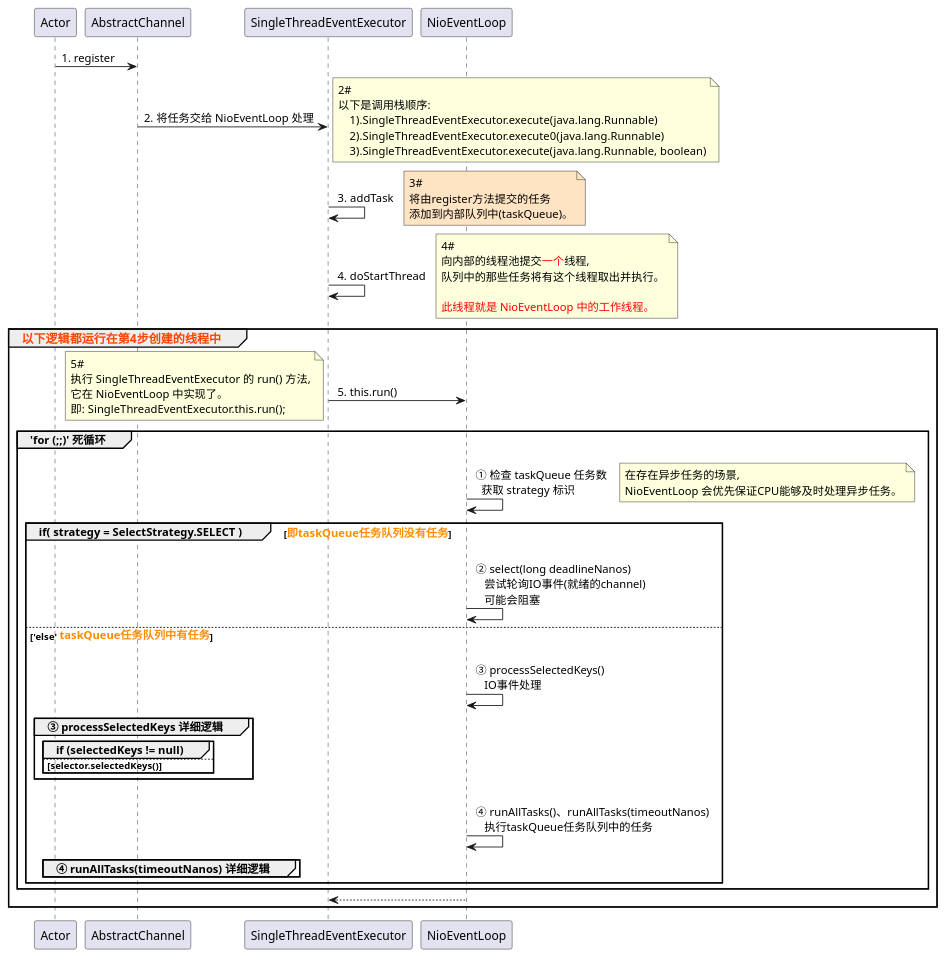
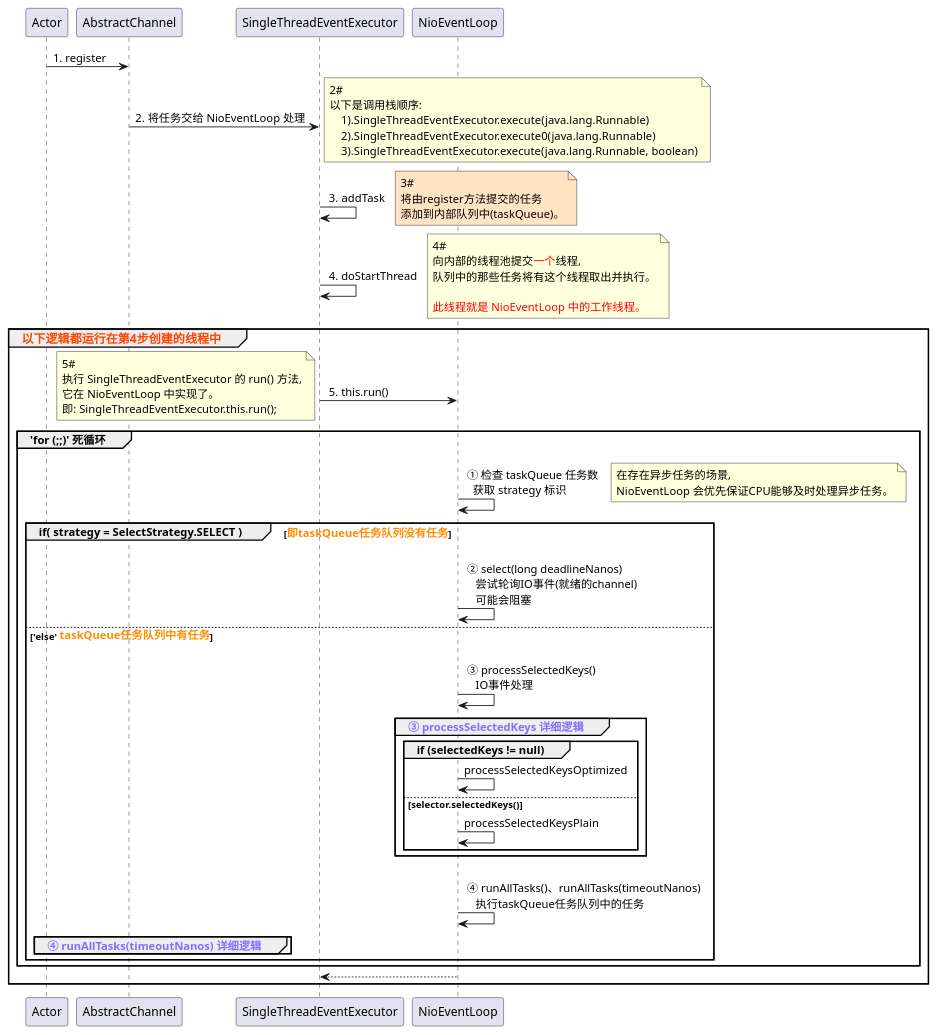
The diagram in puml/NioEventLoop#run.puml (Simba-cheng/netty), drawn with PlantUML before and after one commit.

Commit message:
refactor(code): 源码添加注释、流程图、类图

```diff
--- a/puml/NioEventLoop#run.puml
+++ b/puml/NioEventLoop#run.puml
@@ -2,73 +2,73 @@
 @startuml participant
 
 Actor -> AbstractChannel: 1. register
 
 AbstractChannel -> SingleThreadEventExecutor: 2. 将任务交给 NioEventLoop 处理
 note right
 2#
 以下是调用栈顺序:
     1).SingleThreadEventExecutor.execute(java.lang.Runnable)
     2).SingleThreadEventExecutor.execute0(java.lang.Runnable)
     3).SingleThreadEventExecutor.execute(java.lang.Runnable, boolean)
 end note
 
 SingleThreadEventExecutor -> SingleThreadEventExecutor: \n 3. addTask
 note right #FFE4C4
 3#
 将由register方法提交的任务
 添加到内部队列中(taskQueue)。
 end note
 
 SingleThreadEventExecutor -> SingleThreadEventExecutor: \n 4. doStartThread
 note right
 4#
 向内部的线程池提交<color:#FF0000>一个</color>线程,
 队列中的那些任务将有这个线程取出并执行。
 
 <color:#FF0000>此线程就是 NioEventLoop 中的工作线程。</color>
 end note
 
 group <size:14><color:#FF4500>以下逻辑都运行在第4步创建的线程中</color></size>
 
 SingleThreadEventExecutor -> NioEventLoop: \n 5. this.run()
 note left
 5#
 执行 SingleThreadEventExecutor 的 run() 方法,
 它在 NioEventLoop 中实现了。
 即: SingleThreadEventExecutor.this.run();
 end note
 
 ' ----- 分割线 -----
 group 'for (;;)' 死循环
     NioEventLoop -> NioEventLoop: \n ① 检查 taskQueue 任务数 \n   获取 strategy 标识
     note right
     在存在异步任务的场景,
     NioEventLoop 会优先保证CPU能够及时处理异步任务。
     end note
 
     group if( strategy = SelectStrategy.SELECT ) [<size:13><color:#FF8C00>即taskQueue任务队列没有任务</color></size>]
         NioEventLoop -> NioEventLoop: \n ② select(long deadlineNanos) \n    尝试轮询IO事件(就绪的channel) \n    可能会阻塞
     else 'else' <size:13><color:#FF8C00>taskQueue任务队列中有任务</color></size>
 
         NioEventLoop -> NioEventLoop: \n ③ processSelectedKeys() \n    IO事件处理
-        group ③ processSelectedKeys 详细逻辑
+        group <color:#836FFF>③ processSelectedKeys 详细逻辑</color>
 
             group if (selectedKeys != null)
-
+                NioEventLoop -> NioEventLoop: processSelectedKeysOptimized
             else selector.selectedKeys()
-
+                NioEventLoop -> NioEventLoop: processSelectedKeysPlain
             end
 
         end
 
         NioEventLoop -> NioEventLoop: \n ④ runAllTasks()、runAllTasks(timeoutNanos) \n    执行taskQueue任务队列中的任务
-        group ④ runAllTasks(timeoutNanos) 详细逻辑
+        group <color:#836FFF>④ runAllTasks(timeoutNanos) 详细逻辑</color>
         end
     end
 end
 ' ----- 分割线 -----
 
 
 SingleThreadEventExecutor <-- NioEventLoop
 end
 @enduml
```
